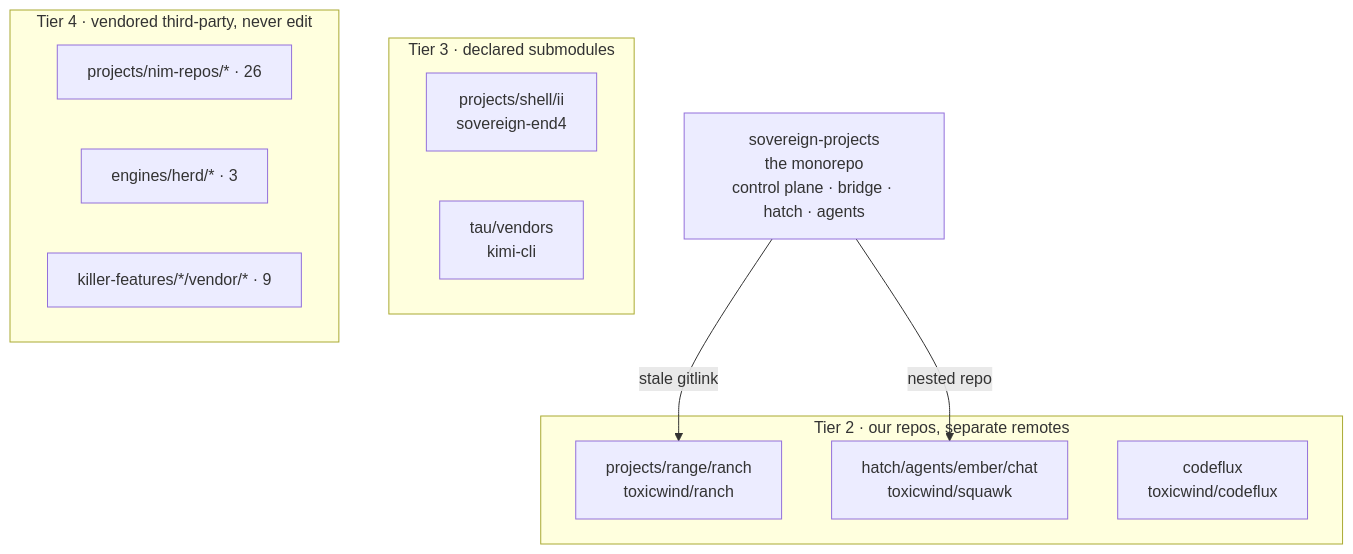
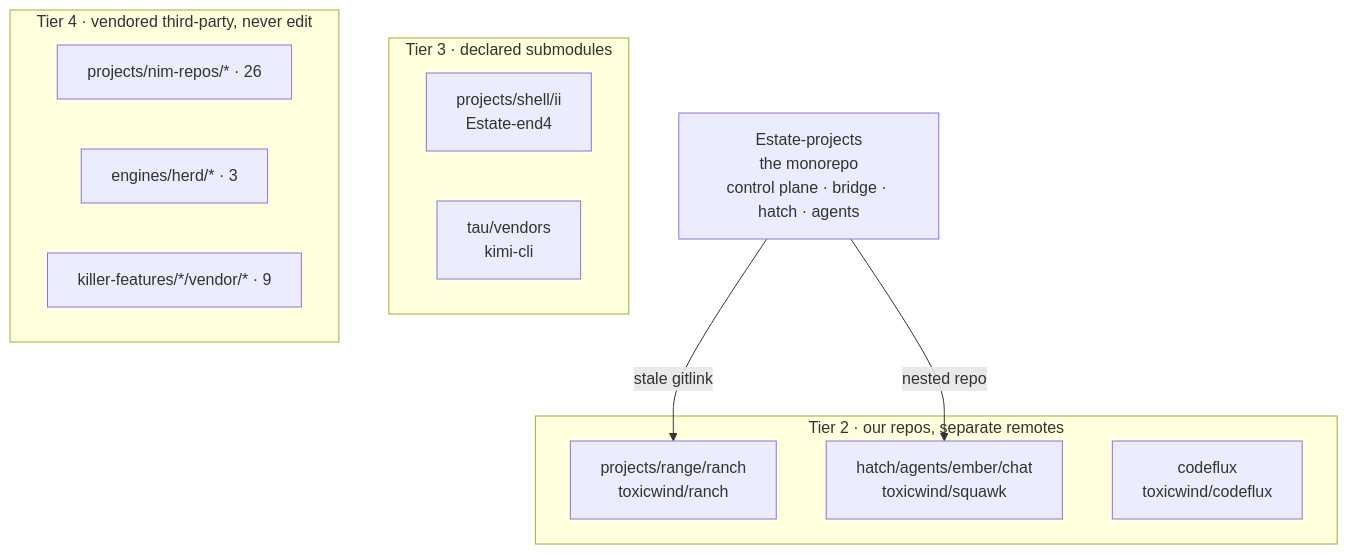
The first of 4 diagrams in salvage/origin-main-20261002/conflicts/README.md (toxicwind/estate), drawn with Mermaid before and after one commit. The commit also changed other lines of this file and 407 other files, not shown here.

Commit message:
rename: purge 'sovereign' -> 'estate' (content, deep depth). Rename live daemons estate-exporter/estate-stream-broker; fix exporter run line to existing estate-exporter.py; ports.env -> ESTATE_* keys

````diff
--- a/salvage/origin-main-20261002/conflicts/README.md
+++ b/salvage/origin-main-20261002/conflicts/README.md
@@ -101,20 +101,20 @@
 ```mermaid
 flowchart TB
-    SP["sovereign-projects<br/>the monorepo<br/>control plane · bridge · hatch · agents"]
+    SP["Estate-projects<br/>the monorepo<br/>control plane · bridge · hatch · agents"]
     subgraph nested["Tier 2 · our repos, separate remotes"]
         RANCH["projects/range/ranch<br/>toxicwind/ranch"]
         SQ["hatch/agents/ember/chat<br/>toxicwind/squawk"]
         CF["codeflux<br/>toxicwind/codeflux"]
     end
     subgraph sub["Tier 3 · declared submodules"]
-        II["projects/shell/ii<br/>sovereign-end4"]
+        II["projects/shell/ii<br/>Estate-end4"]
         KV["tau/vendors<br/>kimi-cli"]
     end
     subgraph vend["Tier 4 · vendored third-party, never edit"]
         NIM["projects/nim-repos/* · 26"]
         ENG["engines/herd/* · 3"]
         KILL["killer-features/*/vendor/* · 9"]
     end
     SP -->|stale gitlink| RANCH
     SP -->|nested repo| SQ
 ```
````
